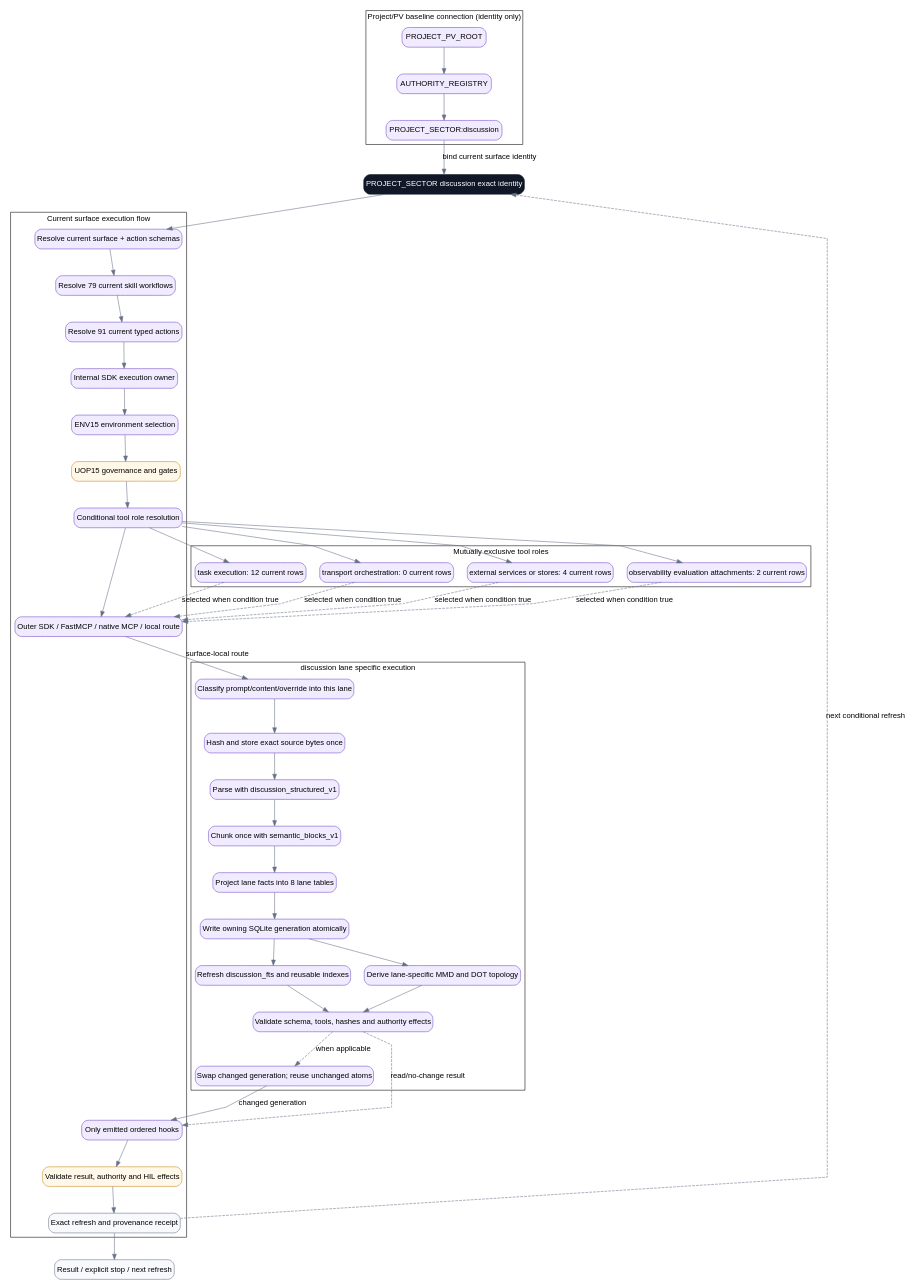
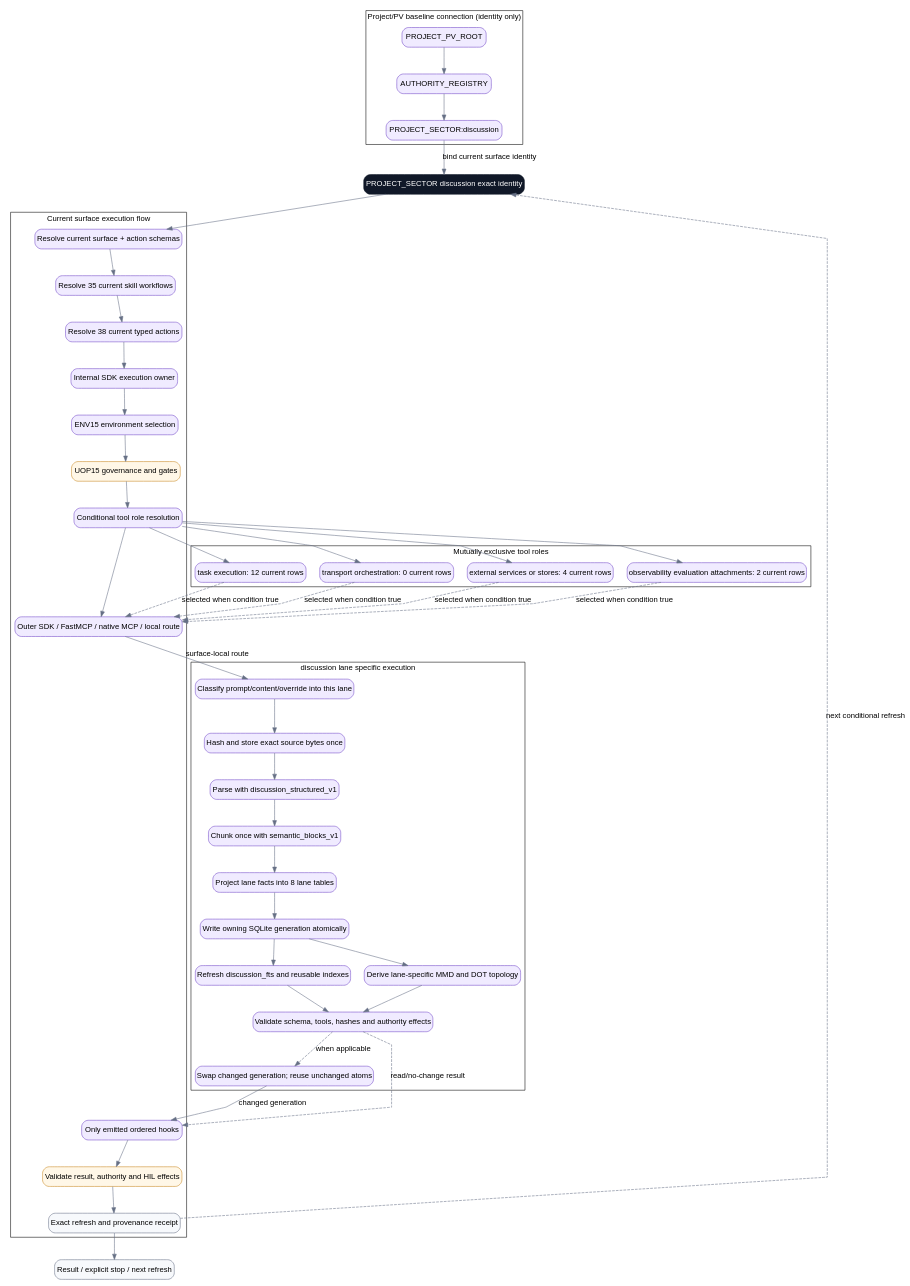
Before and after one commit to rathee000001/evidence_lane_plugin: the diagram in plugins/evidence-lane-plugin/authorities/project_sectors/discussion/workflow.dot, drawn with Graphviz. The commit also changed 551 other files, not shown here.

```diff
--- a/plugins/evidence-lane-plugin/authorities/project_sectors/discussion/workflow.dot
+++ b/plugins/evidence-lane-plugin/authorities/project_sectors/discussion/workflow.dot
@@ -1,85 +1,85 @@
 digraph surface_project_sector_discussion {
   // EVIDENCE_LANE_GRAPH_ENGINE=PYTHON_GRAPHVIZ
   // PYTHON_GRAPHVIZ_VERSION=0.21
   bgcolor=white compound=true fontname=Arial newrank=true nodesep=0.35 rankdir=TB ranksep=0.65 splines=polyline
   node [color="#667085" fontname=Arial shape=box style="rounded,filled"]
   edge [color="#667085" fontname=Arial]
   ENTRY [label="PROJECT_SECTOR discussion exact identity" color="#101828" fillcolor="#101828" fontcolor=white shape=box style="rounded,filled"]
   EXIT [label="Result / explicit stop / next refresh" color="#667085" fillcolor="#f7f9fc" shape=box style="rounded,filled"]
   subgraph cluster_flow {
     label="Current surface execution flow" rankdir=TB
     SCHEMA [label="Resolve current surface + action schemas" color="#7147c7" fillcolor="#f0ebff" shape=box style="rounded,filled"]
-    SKILLS [label="Resolve 79 current skill workflows" color="#7147c7" fillcolor="#f0ebff" shape=box style="rounded,filled"]
-    ACTIONS [label="Resolve 91 current typed actions" color="#7147c7" fillcolor="#f0ebff" shape=box style="rounded,filled"]
+    SKILLS [label="Resolve 35 current skill workflows" color="#7147c7" fillcolor="#f0ebff" shape=box style="rounded,filled"]
+    ACTIONS [label="Resolve 38 current typed actions" color="#7147c7" fillcolor="#f0ebff" shape=box style="rounded,filled"]
     INTERNAL_SDK [label="Internal SDK execution owner" color="#7147c7" fillcolor="#f0ebff" shape=box style="rounded,filled"]
     ENV [label="ENV15 environment selection" color="#7147c7" fillcolor="#f0ebff" shape=box style="rounded,filled"]
     UOP [label="UOP15 governance and gates" color="#c88722" fillcolor="#fff7e7" shape=box style="rounded,filled"]
     TOOLS [label="Conditional tool role resolution" color="#7147c7" fillcolor="#f0ebff" shape=box style="rounded,filled"]
     OUTER [label="Outer SDK / FastMCP / native MCP / local route" color="#7147c7" fillcolor="#f0ebff" shape=box style="rounded,filled"]
     HOOKS [label="Only emitted ordered hooks" color="#7147c7" fillcolor="#f0ebff" shape=box style="rounded,filled"]
     VALIDATE [label="Validate result, authority and HIL effects" color="#c88722" fillcolor="#fff7e7" shape=box style="rounded,filled"]
     RECEIPT [label="Exact refresh and provenance receipt" color="#667085" fillcolor="#f7f9fc" shape=box style="rounded,filled"]
   }
   subgraph cluster_project_pv_baseline {
     label="Project/PV baseline connection (identity only)" rankdir=TB
     BASELINE_01 [label=PROJECT_PV_ROOT color="#7147c7" fillcolor="#f0ebff" shape=box style="rounded,filled"]
     BASELINE_02 [label=AUTHORITY_REGISTRY color="#7147c7" fillcolor="#f0ebff" shape=box style="rounded,filled"]
     BASELINE_03 [label="PROJECT_SECTOR:discussion" color="#7147c7" fillcolor="#f0ebff" shape=box style="rounded,filled"]
   }
   subgraph cluster_surface_phases {
     label="discussion lane specific execution" rankdir=TB
     PHASE_SOURCE_CLASSIFY [label="Classify prompt/content/override into this lane" color="#7147c7" fillcolor="#f0ebff" shape=box style="rounded,filled"]
     PHASE_EXACT_SOURCE_CAS [label="Hash and store exact source bytes once" color="#7147c7" fillcolor="#f0ebff" shape=box style="rounded,filled"]
     PHASE_LANE_PARSE [label="Parse with discussion_structured_v1" color="#7147c7" fillcolor="#f0ebff" shape=box style="rounded,filled"]
     PHASE_LANE_CHUNK [label="Chunk once with semantic_blocks_v1" color="#7147c7" fillcolor="#f0ebff" shape=box style="rounded,filled"]
     PHASE_STRUCTURED_FACTS [label="Project lane facts into 8 lane tables" color="#7147c7" fillcolor="#f0ebff" shape=box style="rounded,filled"]
     PHASE_SQLITE_COMMIT [label="Write owning SQLite generation atomically" color="#7147c7" fillcolor="#f0ebff" shape=box style="rounded,filled"]
     PHASE_RETRIEVAL_INDEX [label="Refresh discussion_fts and reusable indexes" color="#7147c7" fillcolor="#f0ebff" shape=box style="rounded,filled"]
     PHASE_TOPOLOGY_GRAPH [label="Derive lane-specific MMD and DOT topology" color="#7147c7" fillcolor="#f0ebff" shape=box style="rounded,filled"]
     PHASE_RESULT_VALIDATE [label="Validate schema, tools, hashes and authority effects" color="#7147c7" fillcolor="#f0ebff" shape=box style="rounded,filled"]
     PHASE_ATOMIC_REFRESH [label="Swap changed generation; reuse unchanged atoms" color="#7147c7" fillcolor="#f0ebff" shape=box style="rounded,filled"]
   }
   subgraph cluster_tool_roles {
     label="Mutually exclusive tool roles" rankdir=TB
     ROLE_TASK_EXECUTION [label="task execution: 12 current rows" color="#7147c7" fillcolor="#f0ebff" shape=box style="rounded,filled"]
     ROLE_TRANSPORT_ORCHESTRATION [label="transport orchestration: 0 current rows" color="#7147c7" fillcolor="#f0ebff" shape=box style="rounded,filled"]
     ROLE_EXTERNAL_SERVICES_OR_STORES [label="external services or stores: 4 current rows" color="#7147c7" fillcolor="#f0ebff" shape=box style="rounded,filled"]
     ROLE_OBSERVABILITY_EVALUATION_ATTACHMENTS [label="observability evaluation attachments: 2 current rows" color="#7147c7" fillcolor="#f0ebff" shape=box style="rounded,filled"]
   }
   ENTRY -> SCHEMA
   SCHEMA -> SKILLS
   SKILLS -> ACTIONS
   ACTIONS -> INTERNAL_SDK
   INTERNAL_SDK -> ENV
   ENV -> UOP
   UOP -> TOOLS
   TOOLS -> OUTER
   BASELINE_01 -> BASELINE_02
   BASELINE_02 -> BASELINE_03
   BASELINE_03 -> ENTRY [label="bind current surface identity"]
   OUTER -> PHASE_SOURCE_CLASSIFY [label="surface-local route"]
   PHASE_SOURCE_CLASSIFY -> PHASE_EXACT_SOURCE_CAS
   PHASE_EXACT_SOURCE_CAS -> PHASE_LANE_PARSE
   PHASE_LANE_PARSE -> PHASE_LANE_CHUNK
   PHASE_LANE_CHUNK -> PHASE_STRUCTURED_FACTS
   PHASE_STRUCTURED_FACTS -> PHASE_SQLITE_COMMIT
   PHASE_SQLITE_COMMIT -> PHASE_RETRIEVAL_INDEX
   PHASE_SQLITE_COMMIT -> PHASE_TOPOLOGY_GRAPH
   PHASE_RETRIEVAL_INDEX -> PHASE_RESULT_VALIDATE
   PHASE_TOPOLOGY_GRAPH -> PHASE_RESULT_VALIDATE
   PHASE_RESULT_VALIDATE -> PHASE_ATOMIC_REFRESH [label="when applicable" style=dashed]
   PHASE_RESULT_VALIDATE -> HOOKS [label="read/no-change result" style=dashed]
   PHASE_ATOMIC_REFRESH -> HOOKS [label="changed generation"]
   HOOKS -> VALIDATE
   VALIDATE -> RECEIPT
   RECEIPT -> EXIT
   RECEIPT -> ENTRY [label="next conditional refresh" style=dashed]
   TOOLS -> ROLE_TASK_EXECUTION
   ROLE_TASK_EXECUTION -> OUTER [label="selected when condition true" style=dashed]
   TOOLS -> ROLE_TRANSPORT_ORCHESTRATION
   ROLE_TRANSPORT_ORCHESTRATION -> OUTER [label="selected when condition true" style=dashed]
   TOOLS -> ROLE_EXTERNAL_SERVICES_OR_STORES
   ROLE_EXTERNAL_SERVICES_OR_STORES -> OUTER [label="selected when condition true" style=dashed]
   TOOLS -> ROLE_OBSERVABILITY_EVALUATION_ATTACHMENTS
   ROLE_OBSERVABILITY_EVALUATION_ATTACHMENTS -> OUTER [label="selected when condition true" style=dashed]
 }
```
